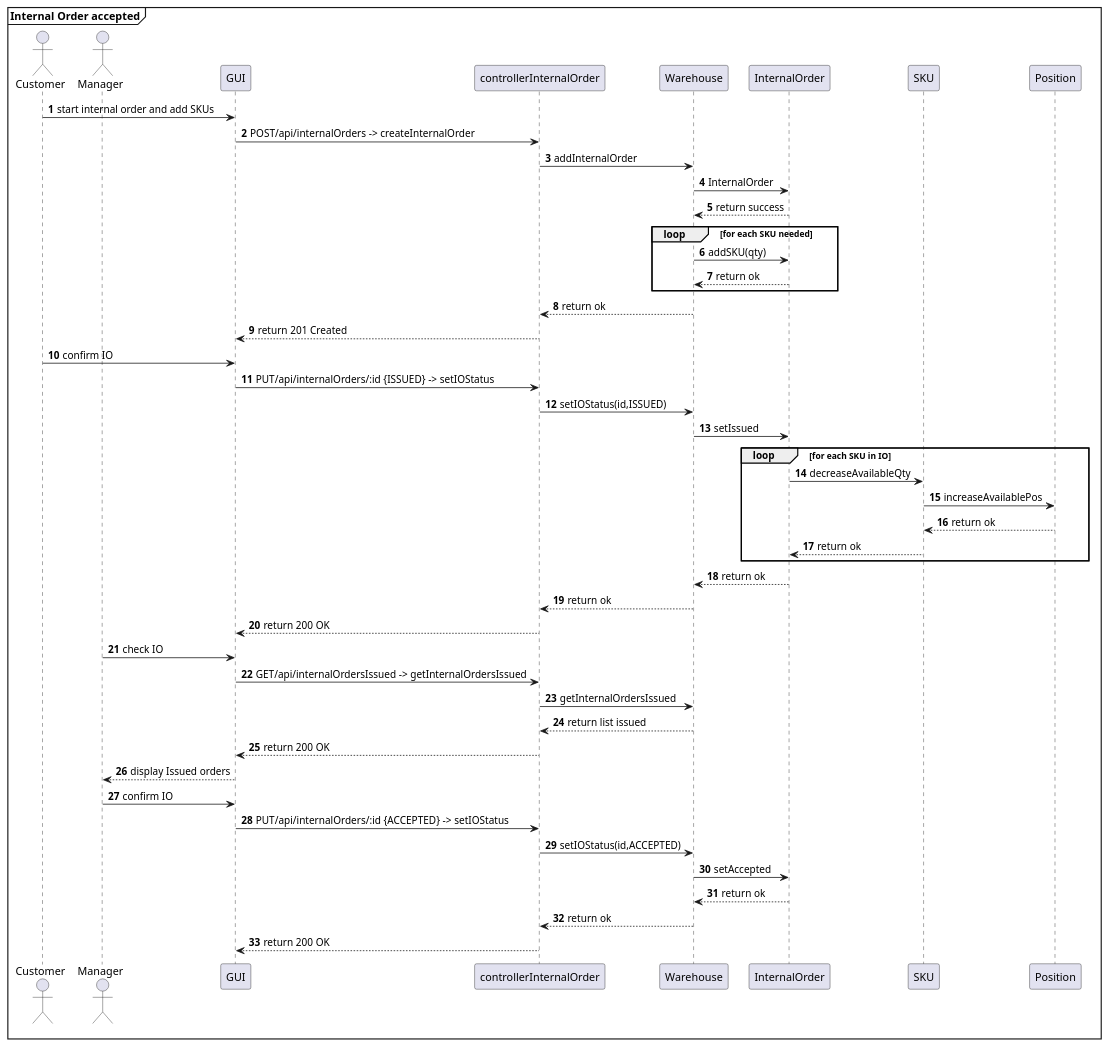
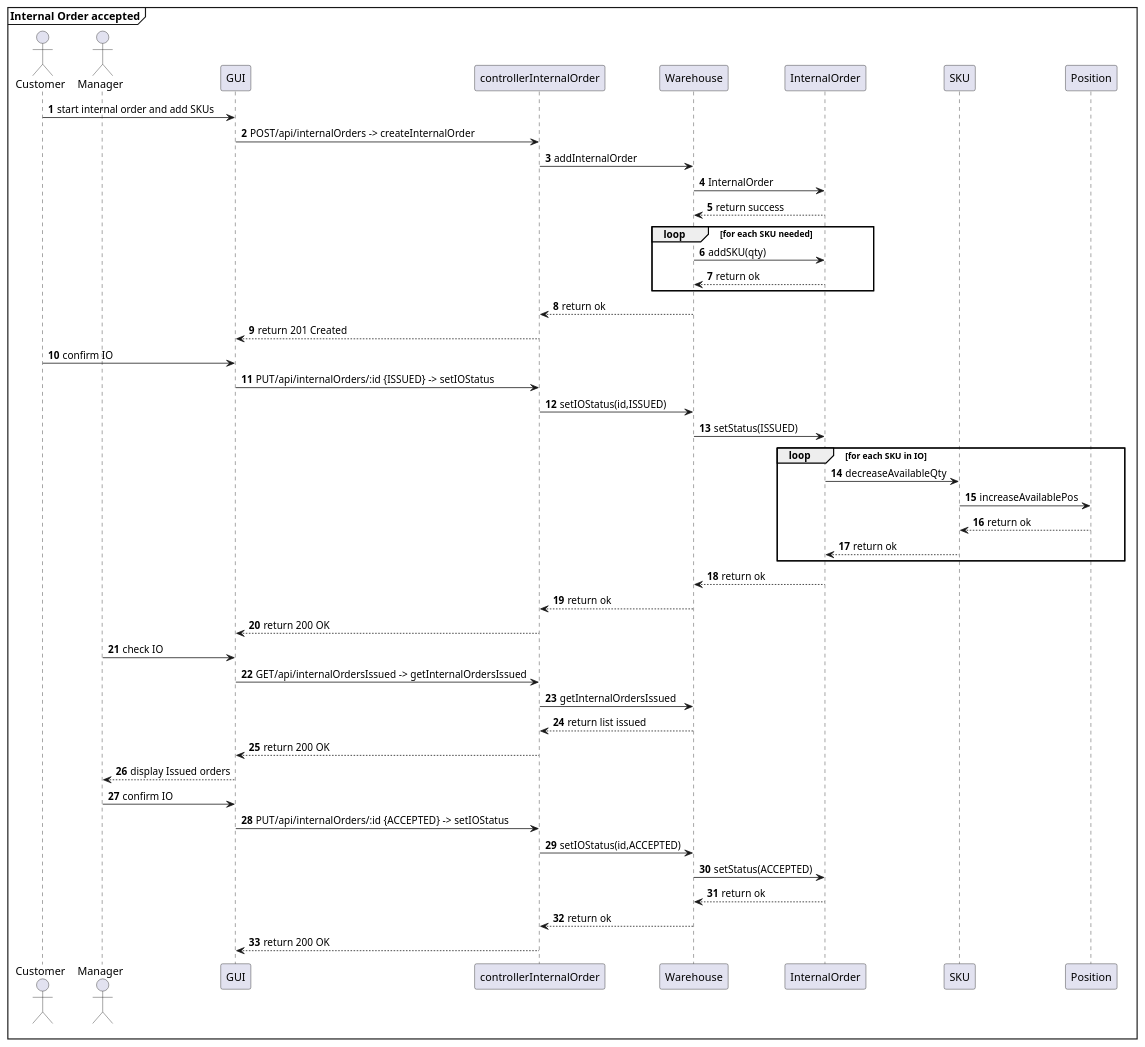
One commit to AlexZampa/EzWh changed diagram 22 of 30 in DesignDocument.md. Above: the diagram before and after it, drawn with PlantUML. The commit also changed other lines of this file, not shown here.

````diff
--- a/DesignDocument.md
+++ b/DesignDocument.md
@@ -1178,54 +1179,54 @@
 ```plantuml
 @startuml
 mainframe **Internal Order accepted**
 actor Customer
 actor Manager
 participant GUI
 participant controllerInternalOrder
 participant Warehouse
 participant InternalOrder
 participant SKU
 
 autonumber
 Customer -> GUI : start internal order and add SKUs
 GUI -> controllerInternalOrder : POST/api/internalOrders -> createInternalOrder 
 controllerInternalOrder -> Warehouse : addInternalOrder
 Warehouse -> InternalOrder : InternalOrder
 Warehouse <-- InternalOrder : return success
 loop for each SKU needed
   Warehouse -> InternalOrder : addSKU(qty)
   Warehouse <-- InternalOrder : return ok
 end loop
 controllerInternalOrder <-- Warehouse : return ok
 GUI <-- controllerInternalOrder : return 201 Created
 
 Customer -> GUI : confirm IO
 GUI -> controllerInternalOrder : PUT/api/internalOrders/:id {ISSUED} -> setIOStatus
 controllerInternalOrder -> Warehouse : setIOStatus(id,ISSUED)
-Warehouse -> InternalOrder : setIssued
+Warehouse -> InternalOrder : setStatus(ISSUED)
 loop for each SKU in IO
   InternalOrder -> SKU : decreaseAvailableQty
   SKU -> Position : increaseAvailablePos
   SKU <-- Position : return ok
   InternalOrder <-- SKU : return ok
 end loop
 Warehouse <-- InternalOrder : return ok
 controllerInternalOrder <-- Warehouse : return ok
 GUI <-- controllerInternalOrder : return 200 OK
 
 Manager -> GUI : check IO
 GUI -> controllerInternalOrder : GET/api/internalOrdersIssued -> getInternalOrdersIssued
 controllerInternalOrder -> Warehouse : getInternalOrdersIssued
 controllerInternalOrder <-- Warehouse : return list issued
 GUI <-- controllerInternalOrder : return 200 OK
 Manager <-- GUI : display Issued orders
 
 Manager -> GUI : confirm IO
 GUI -> controllerInternalOrder : PUT/api/internalOrders/:id {ACCEPTED} -> setIOStatus
 controllerInternalOrder -> Warehouse : setIOStatus(id,ACCEPTED)
-Warehouse -> InternalOrder : setAccepted
+Warehouse -> InternalOrder : setStatus(ACCEPTED)
 Warehouse <-- InternalOrder : return ok
 controllerInternalOrder <-- Warehouse : return ok
 GUI <-- controllerInternalOrder : return 200 OK
 @enduml
 ```
````
